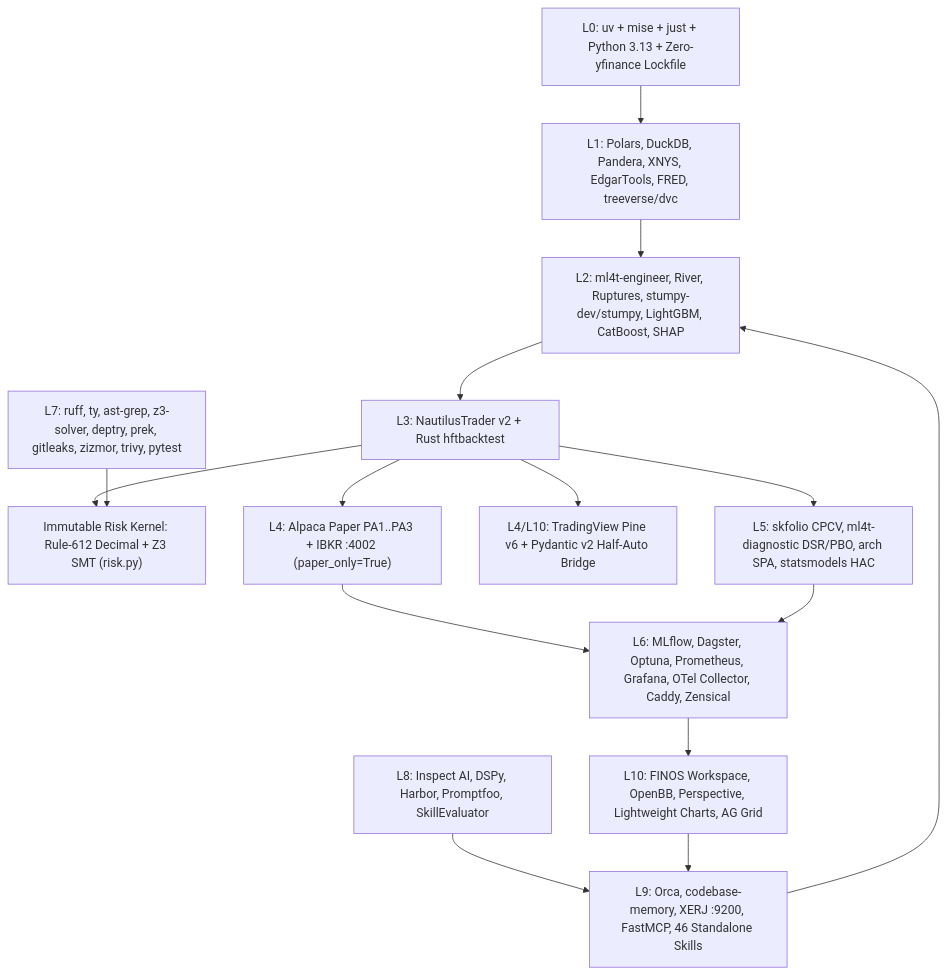
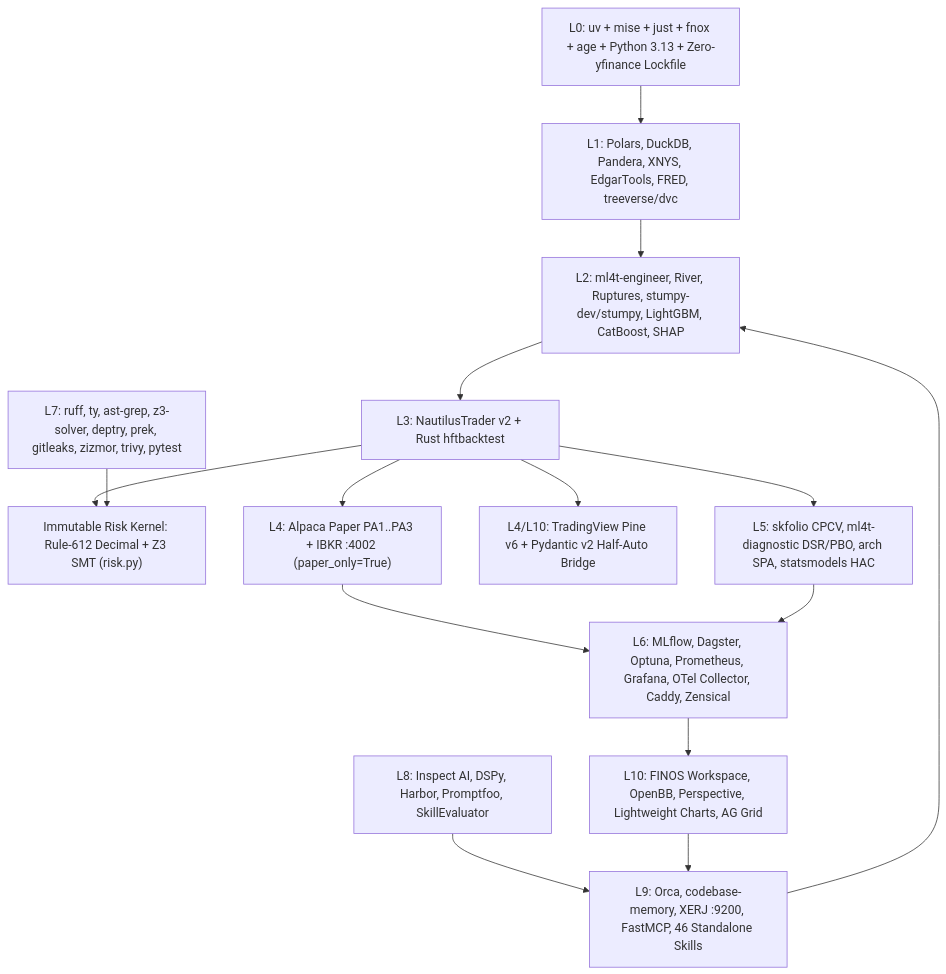
One commit to seathatflowsinourveins/noesis changed the diagram in docs/ARCHITECTURE_LAYER_MANIFEST.md. Above: the diagram before and after it, drawn with Mermaid. The commit also changed other lines of this file and 16 other files, not shown here.

Commit message:
feat(secrets): adopt jdx/fnox + age profiles, converge WSL2 AGY & add ADR-0023

````diff
--- a/docs/ARCHITECTURE_LAYER_MANIFEST.md
+++ b/docs/ARCHITECTURE_LAYER_MANIFEST.md
@@ -15,17 +15,17 @@
 ```mermaid
 flowchart TD
-    L0["L0: uv + mise + just + Python 3.13 + Zero-yfinance Lockfile"] --> L1["L1: Polars, DuckDB, Pandera, XNYS, EdgarTools, FRED, treeverse/dvc"]
+    L0["L0: uv + mise + just + fnox + age + Python 3.13 + Zero-yfinance Lockfile"] --> L1["L1: Polars, DuckDB, Pandera, XNYS, EdgarTools, FRED, treeverse/dvc"]
     L1 --> L2["L2: ml4t-engineer, River, Ruptures, stumpy-dev/stumpy, LightGBM, CatBoost, SHAP"]
     L2 --> L3["L3: NautilusTrader v2 + Rust hftbacktest"]
     L3 --> RSK["Immutable Risk Kernel: Rule-612 Decimal + Z3 SMT (risk.py)"]
     L3 --> L4["L4: Alpaca Paper PA1..PA3 + IBKR :4002 (paper_only=True)"]
     L3 --> TV["L4/L10: TradingView Pine v6 + Pydantic v2 Half-Auto Bridge"]
     L3 --> L5["L5: skfolio CPCV, ml4t-diagnostic DSR/PBO, arch SPA, statsmodels HAC"]
     L4 --> L6["L6: MLflow, Dagster, Optuna, Prometheus, Grafana, OTel Collector, Caddy, Zensical"]
     L5 --> L6
     L6 --> L10["L10: FINOS Workspace, OpenBB, Perspective, Lightweight Charts, AG Grid"]
     L7["L7: ruff, ty, ast-grep, z3-solver, deptry, prek, gitleaks, zizmor, trivy, pytest"] --> RSK
     L8["L8: Inspect AI, DSPy, Harbor, Promptfoo, SkillEvaluator"] --> L9["L9: Orca, codebase-memory, XERJ :9200, FastMCP, 46 Standalone Skills"]
     L10 --> L9
     L9 --> L2
 ```
````
